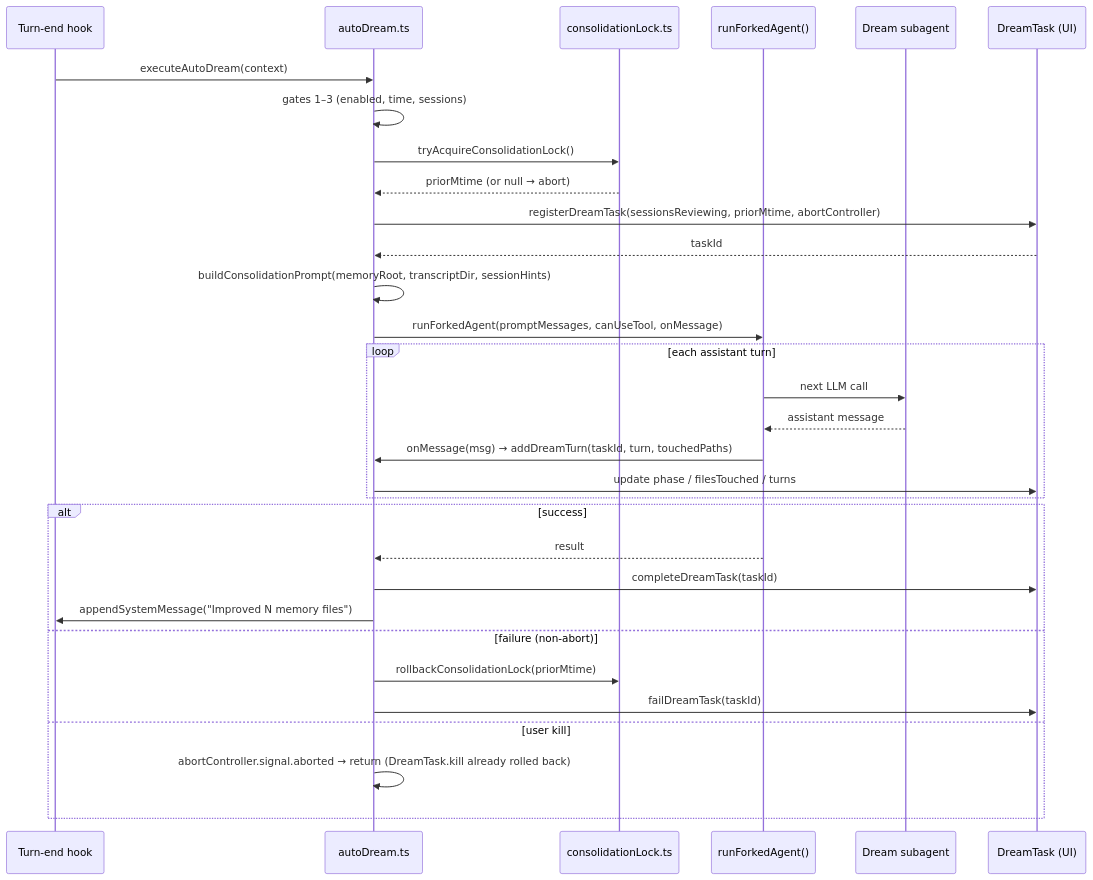
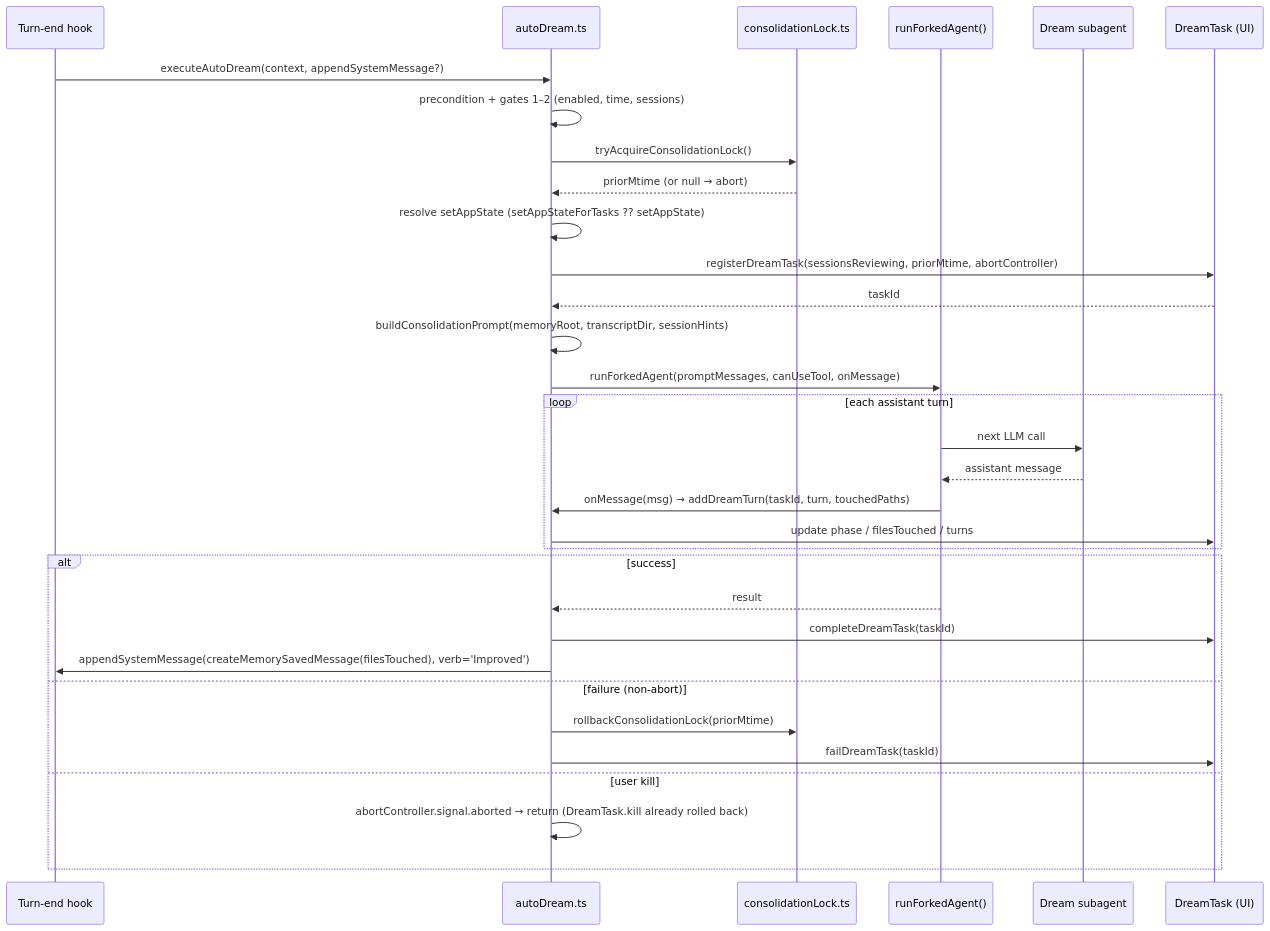
The second of 2 diagrams in docs/design/autodream.md (GabrielWithTina/claude-code), drawn with Mermaid before and after one commit. The commit also changed other lines of this file and 6 other files, not shown here.

First line of the commit message:
docs: add prompt submission flow design and expand subsystem docs

````diff
--- a/docs/design/autodream.md
+++ b/docs/design/autodream.md
@@ -58,38 +66,39 @@
 ```mermaid
 sequenceDiagram
     participant Hook as Turn-end hook
     participant AD as autoDream.ts
     participant Lock as consolidationLock.ts
     participant Fork as runForkedAgent()
     participant Dream as Dream subagent
     participant UI as DreamTask (UI)
 
-    Hook->>AD: executeAutoDream(context)
-    AD->>AD: gates 1–3 (enabled, time, sessions)
+    Hook->>AD: executeAutoDream(context, appendSystemMessage?)
+    AD->>AD: precondition + gates 1–2 (enabled, time, sessions)
     AD->>Lock: tryAcquireConsolidationLock()
     Lock-->>AD: priorMtime (or null → abort)
 
+    AD->>AD: resolve setAppState (setAppStateForTasks ?? setAppState)
     AD->>UI: registerDreamTask(sessionsReviewing, priorMtime, abortController)
     UI-->>AD: taskId
 
     AD->>AD: buildConsolidationPrompt(memoryRoot, transcriptDir, sessionHints)
     AD->>Fork: runForkedAgent(promptMessages, canUseTool, onMessage)
 
     loop each assistant turn
         Fork->>Dream: next LLM call
         Dream-->>Fork: assistant message
         Fork->>AD: onMessage(msg) → addDreamTurn(taskId, turn, touchedPaths)
         AD->>UI: update phase / filesTouched / turns
     end
 
     alt success
         Fork-->>AD: result
         AD->>UI: completeDreamTask(taskId)
-        AD->>Hook: appendSystemMessage("Improved N memory files")
+        AD->>Hook: appendSystemMessage(createMemorySavedMessage(filesTouched), verb='Improved')
     else failure (non-abort)
         AD->>Lock: rollbackConsolidationLock(priorMtime)
         AD->>UI: failDreamTask(taskId)
     else user kill
         AD->>AD: abortController.signal.aborted → return (DreamTask.kill already rolled back)
     end
 ```
````
